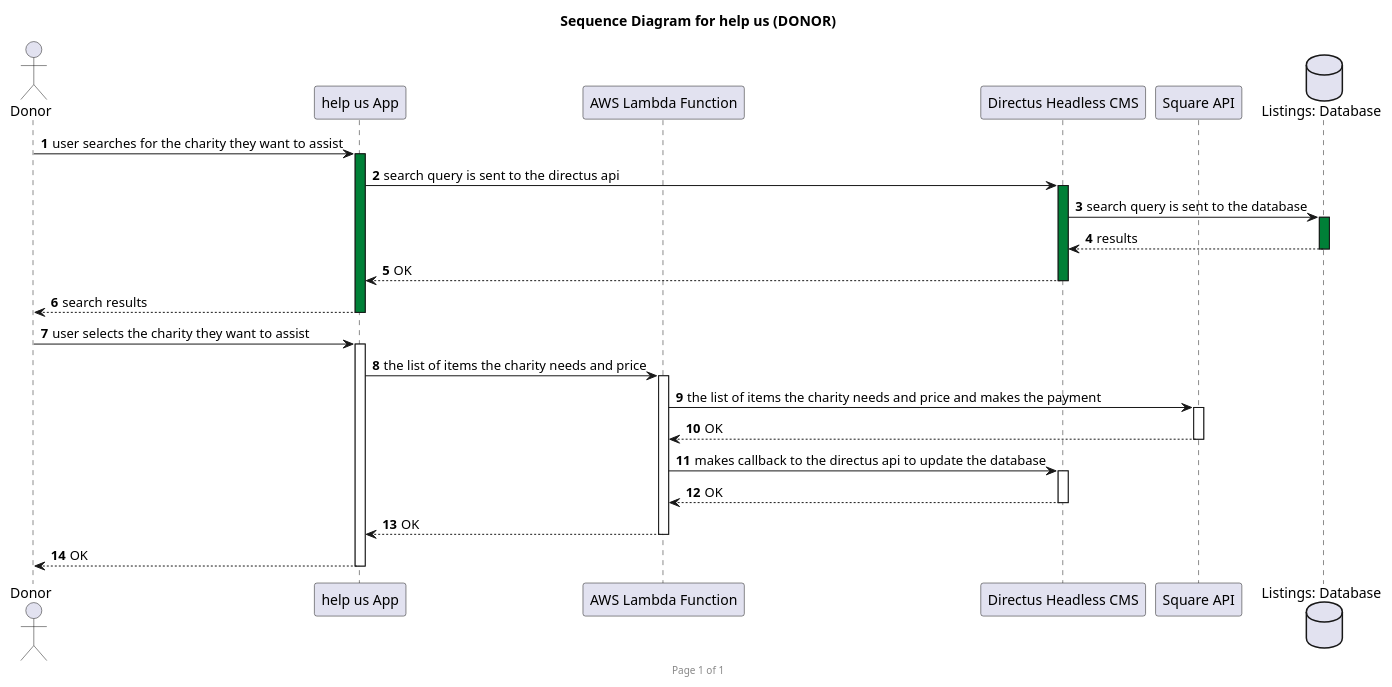
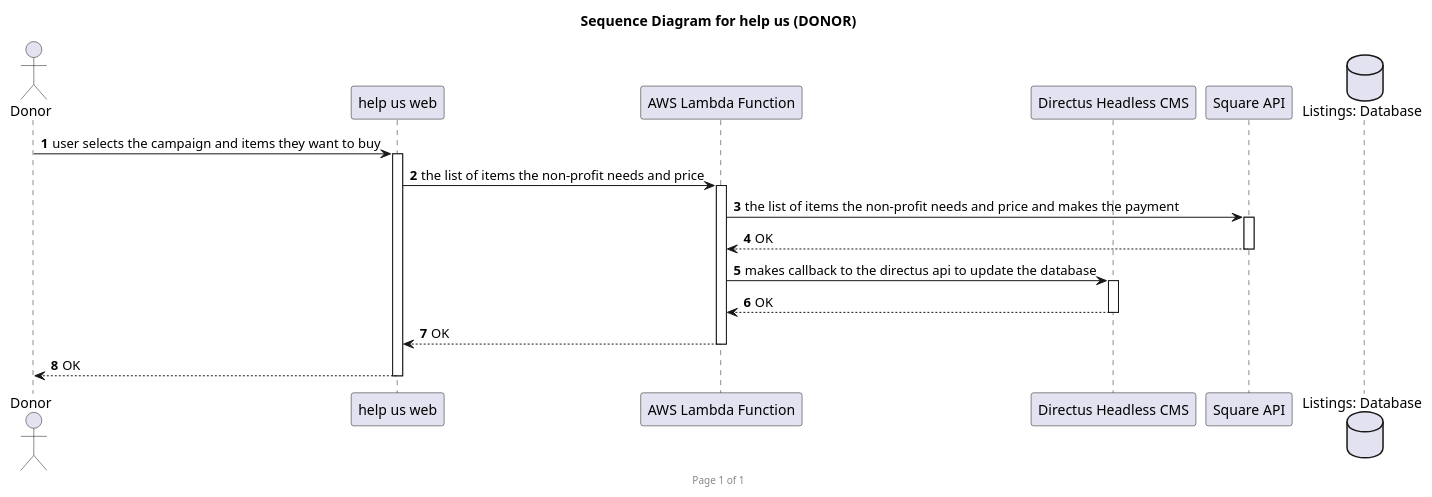
One commit to help-us-app/help-us-architecture-diagrams changed the diagram in diagrams/sequence_diagram_donor.puml. Above: the diagram before and after it, drawn with PlantUML.

Commit message:
refactor: updated the sequence diagram for the donor

```diff
--- a/diagrams/sequence_diagram_donor.puml
+++ b/diagrams/sequence_diagram_donor.puml
@@ -1,50 +1,37 @@
 @startuml "Sequence Diagram for help us (DONOR)"
 title "Sequence Diagram for help us (DONOR)"
 footer Page %page% of %lastpage%
 
 autonumber
 autoactivate on
 
 actor Donor as donor
 
-participant "help us App" as help_us_app
+participant "help us web" as help_us_web
 
 participant "AWS Lambda Function" as api_lambda
 
 participant "Directus Headless CMS" as api_directus
 
 participant "Square API" as boundary_square_api
 
 database "Listings: Database" as db_listings
 
 
-donor -> help_us_app #008037 : user searches for the charity they want to assist
+donor -> help_us_web : user selects the campaign and items they want to buy
 
-help_us_app -> api_directus #008037 : search query is sent to the directus api
+help_us_web -> api_lambda : the list of items the non-profit needs and price
 
-api_directus -> db_listings #008037 : search query is sent to the database
-
-return results
-
-return OK
-
-return search results
-
-donor -> help_us_app : user selects the charity they want to assist
-
-help_us_app -> api_lambda : the list of items the charity needs and price
-
-api_lambda -> boundary_square_api : the list of items the charity needs and price and makes the payment
+api_lambda -> boundary_square_api : the list of items the non-profit needs and price and makes the payment
 
 return OK
 
 api_lambda -> api_directus : makes callback to the directus api to update the database
 
 return OK
 
 return OK
 
 return OK
 
-
 @enduml
```
